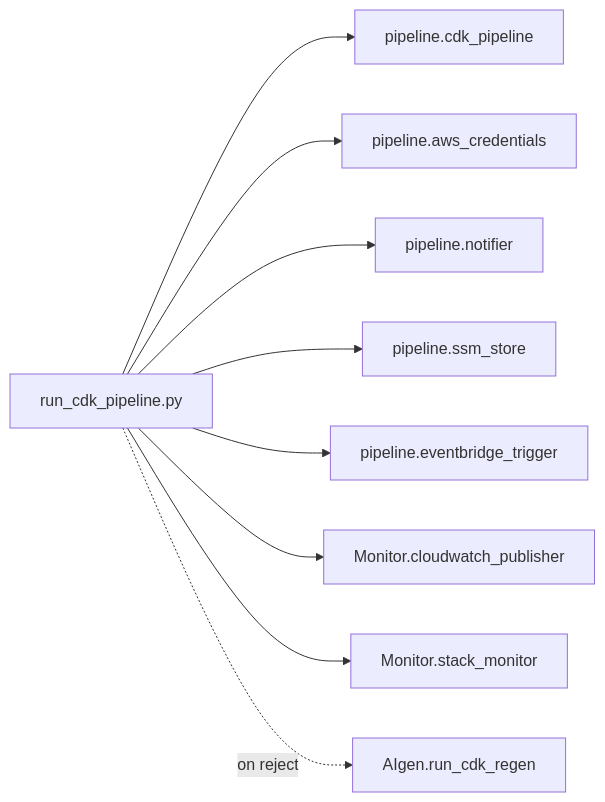
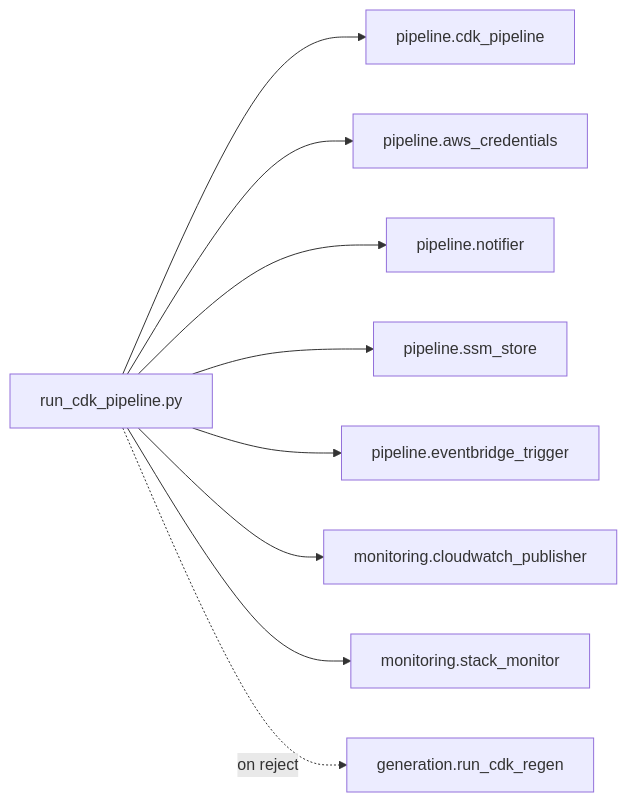
One commit to JAWilliam1599/Thesis changed the diagram in scripts/README.md. Above: the diagram before and after it, drawn with Mermaid. The commit also changed other lines of this file and 182 other files, not shown here.

````diff
--- a/scripts/README.md
+++ b/scripts/README.md
@@ -16,11 +16,11 @@
 ```mermaid
 flowchart LR
     CLI[run_cdk_pipeline.py] --> CP[pipeline.cdk_pipeline]
     CLI --> AC[pipeline.aws_credentials]
     CLI --> N[pipeline.notifier]
     CLI --> S[pipeline.ssm_store]
     CLI --> EB[pipeline.eventbridge_trigger]
-    CLI --> CWP[Monitor.cloudwatch_publisher]
-    CLI --> SM[Monitor.stack_monitor]
-    CLI -.on reject.-> RG[AIgen.run_cdk_regen]
+    CLI --> CWP[monitoring.cloudwatch_publisher]
+    CLI --> SM[monitoring.stack_monitor]
+    CLI -.on reject.-> RG[generation.run_cdk_regen]
 ```
````
